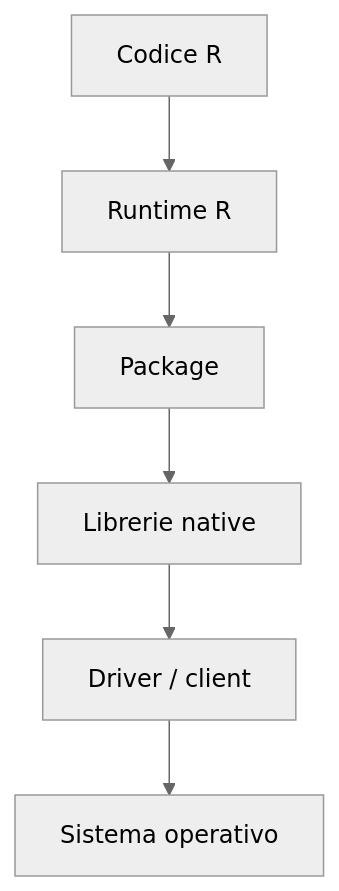
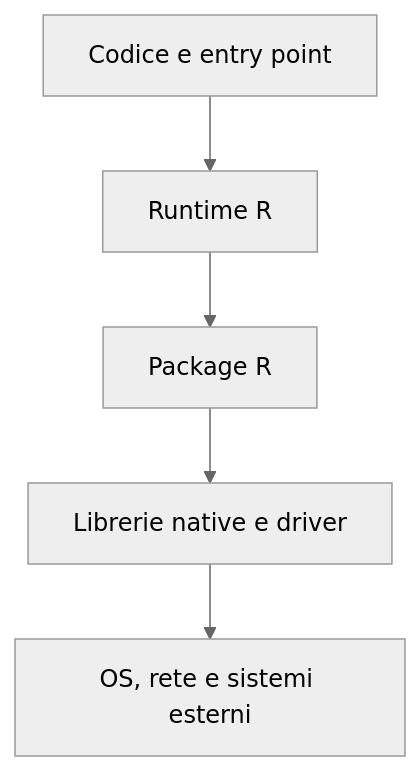
The second of 6 diagrams in slides.qmd (andreabz/R_per_IT), drawn with Mermaid (neutral theme) before and after one commit. The commit also changed other lines of this file, not shown here.

````diff
--- a/slides.qmd
+++ b/slides.qmd
@@ -289,8 +101,8 @@
 ```{mermaid}
+%%| echo: false
 flowchart TB
- C[Codice R] --> R[Runtime R]
- R --> P[Package]
- P --> N[Librerie native]
- N --> D[Driver / client]
- D --> O[Sistema operativo]
+ A["Codice e entry point"] --> B["Runtime R"]
+ B --> C["Package R"]
+ C --> D["Librerie native e driver"]
+ D --> E["OS, rete e sistemi esterni"]
 ```
````
